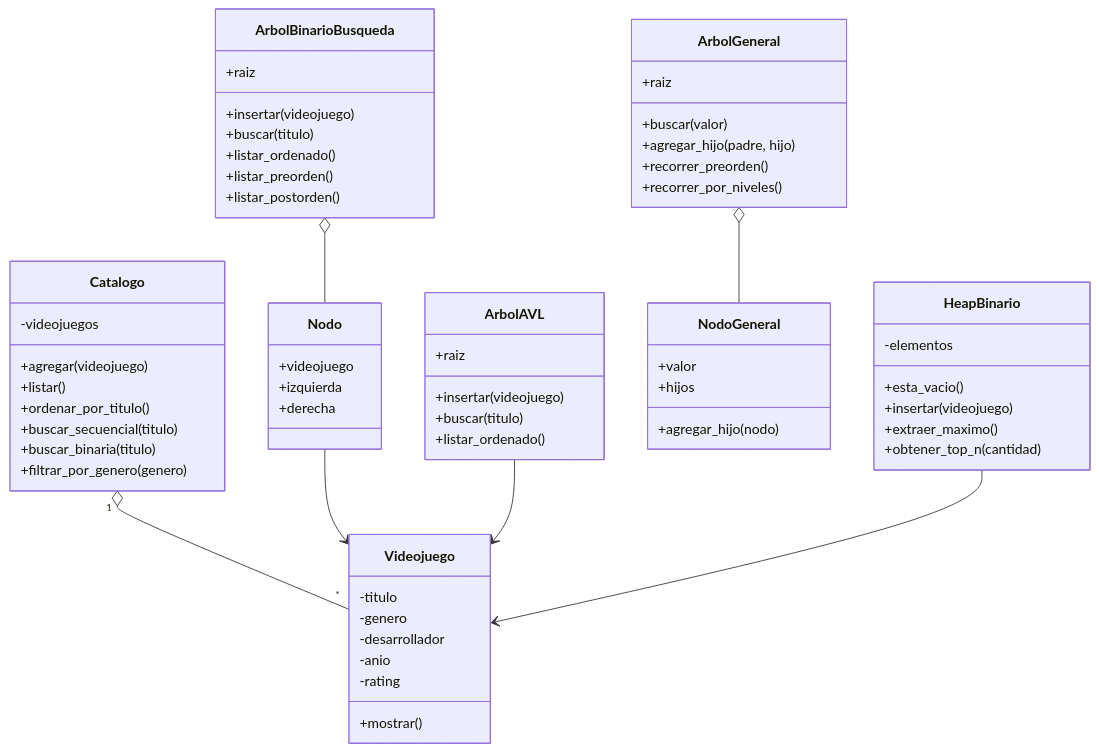
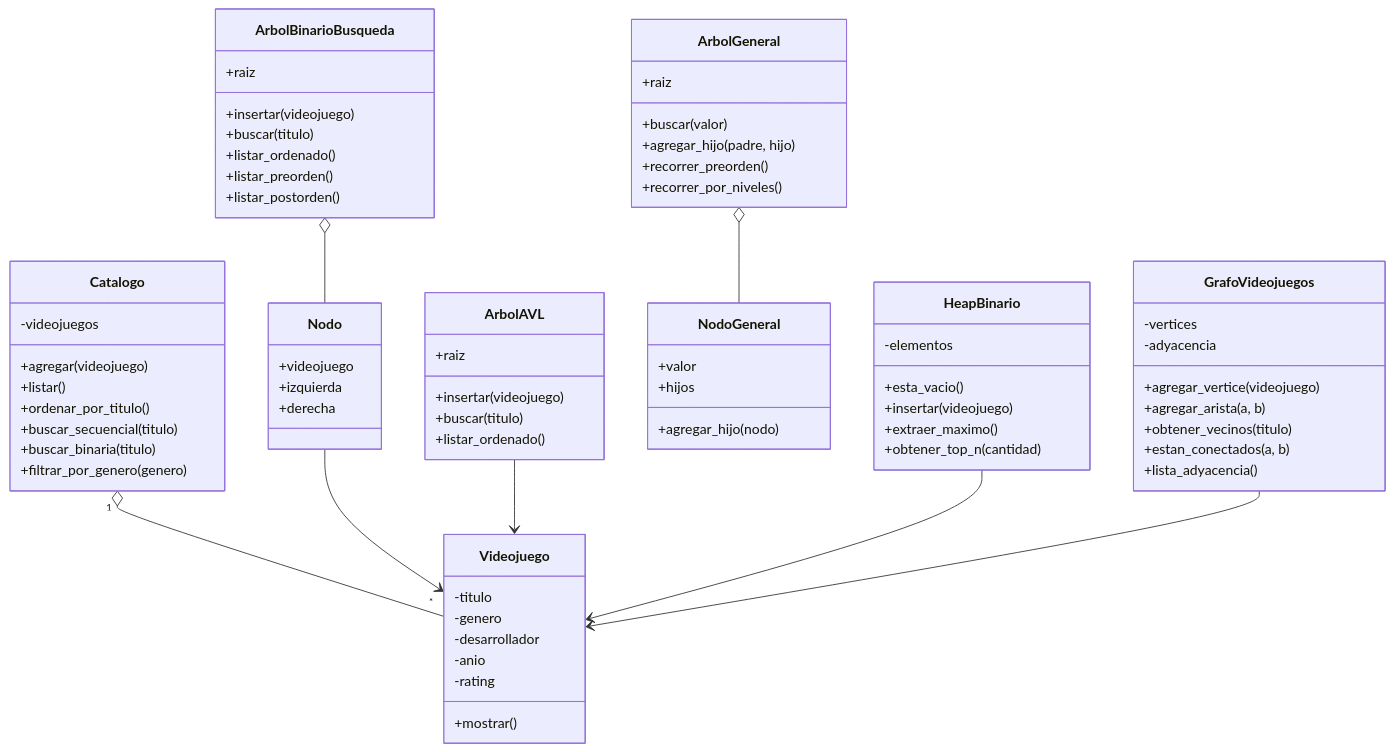
Before and after one commit to BrAI01/GameFinder-Grupo9: the diagram in docs/03-diagrama-clases.md, drawn with Mermaid.

Commit message:
TP7: incorporar grafo en documentación del proyecto

````diff
--- a/docs/03-diagrama-clases.md
+++ b/docs/03-diagrama-clases.md
@@ -69,10 +69,21 @@
         +obtener_top_n(cantidad)
     }
 
+    class GrafoVideojuegos {
+        -vertices
+        -adyacencia
+        +agregar_vertice(videojuego)
+        +agregar_arista(a, b)
+        +obtener_vecinos(titulo)
+        +estan_conectados(a, b)
+        +lista_adyacencia()
+    }
+
     Catalogo "1" o-- "*" Videojuego
     ArbolBinarioBusqueda o-- Nodo
     Nodo --> Videojuego
     ArbolAVL --> Videojuego
     ArbolGeneral o-- NodoGeneral
     HeapBinario --> Videojuego
+    GrafoVideojuegos --> Videojuego
 ```
````
